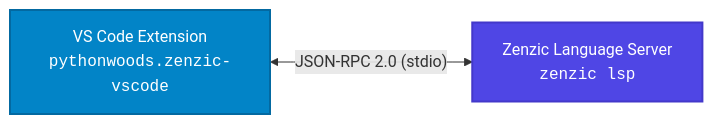
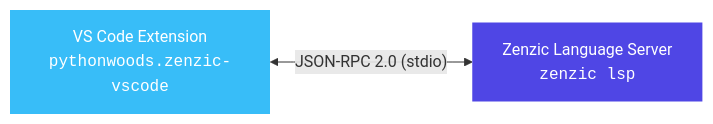
The diagram in docs/editor/vscode.md (PythonWoods-Dev/zenzic), drawn with Mermaid before and after one commit. The commit also changed 11 other files, not shown here.

````diff
--- a/docs/editor/vscode.md
+++ b/docs/editor/vscode.md
@@ -15,7 +15,12 @@
 ```mermaid
 flowchart LR
     VS["VS Code Extension<br><code>pythonwoods.zenzic-vscode</code>"] <-->|"JSON-RPC 2.0 (stdio)"| ZLS["Zenzic Language Server<br><code>zenzic lsp</code>"]
 
-    style VS fill:#0284c7,stroke:#0369a1,color:#ffffff,stroke-width:2px
-    style ZLS fill:#4f46e5,stroke:#4338ca,color:#ffffff,stroke-width:2px
+    classDef entry fill:#4f46e5,color:#fff,stroke-width:0px
+    classDef data fill:#38bdf8,color:#fff,stroke-width:0px
+    classDef ok fill:#10b981,color:#fff,stroke-width:0px
+    classDef gate fill:#f59e0b,color:#fff,stroke-width:0px
+    classDef danger fill:#f43f5e,color:#fff,stroke-width:0px
+    class ZLS entry
+    class VS data
 ```
````
